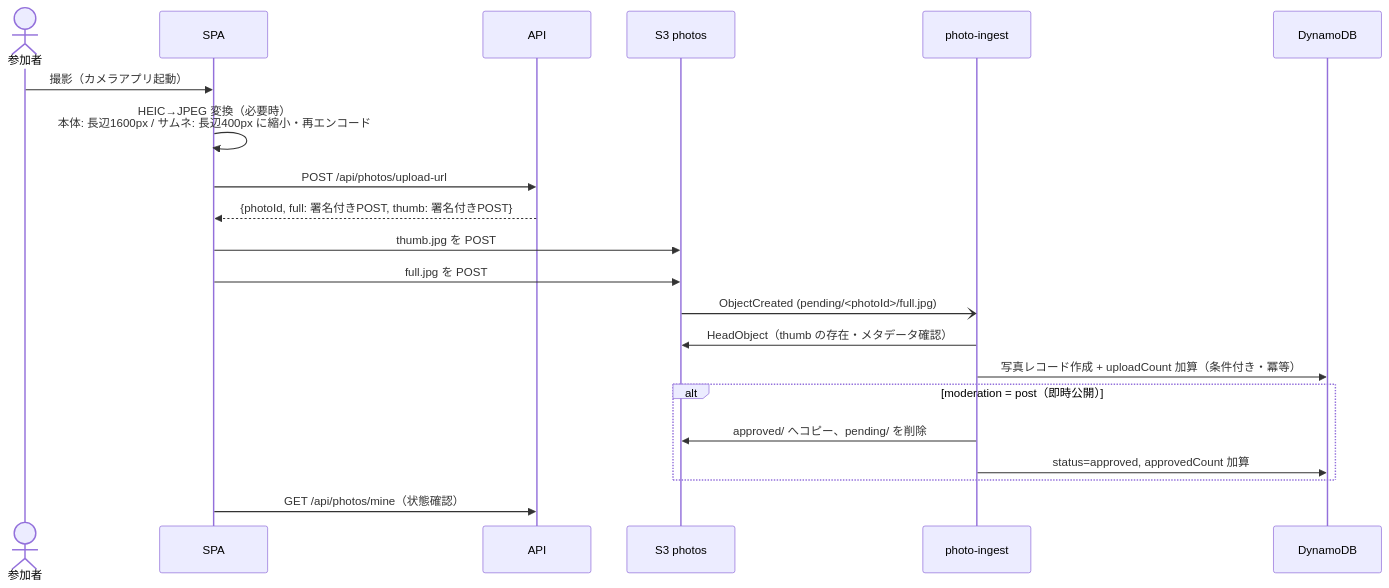
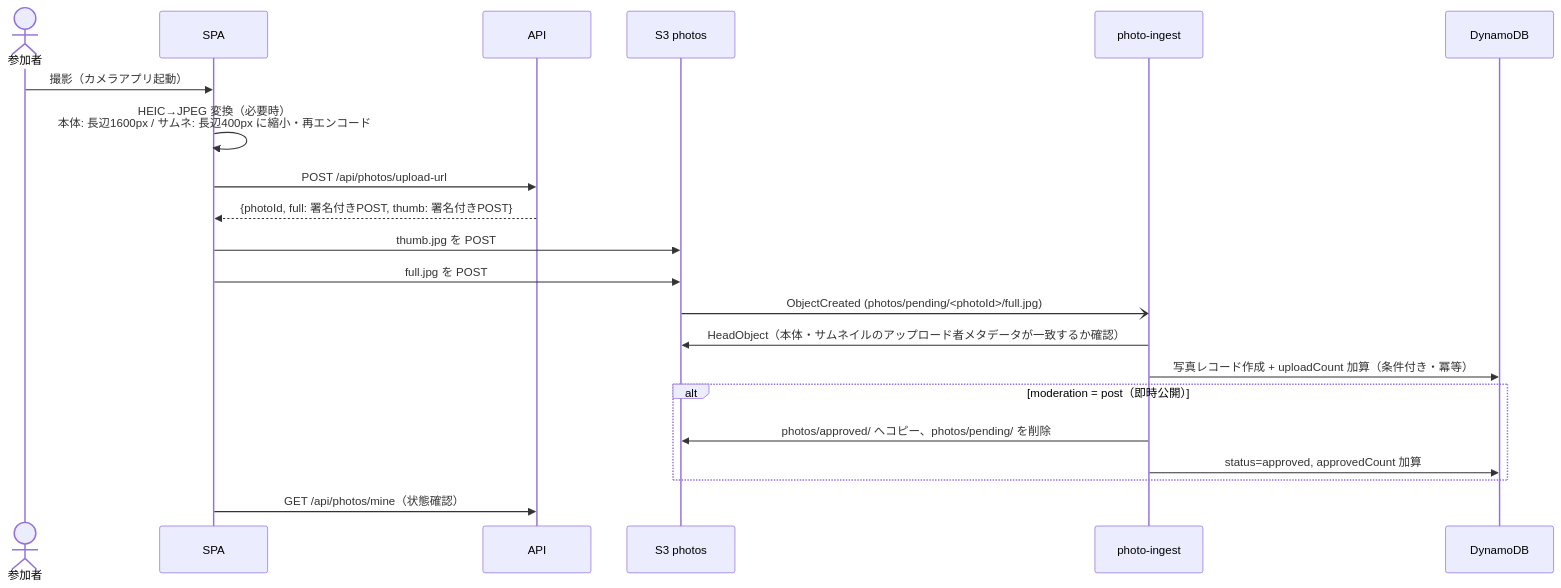
The third of 3 diagrams in docs/design.md (ot-nemoto/partally), drawn with Mermaid before and after one commit. The commit also changed other lines of this file and 18 other files, not shown here.

````diff
--- a/docs/design.md
+++ b/docs/design.md
@@ -254,24 +257,24 @@
 ```mermaid
 sequenceDiagram
   actor U as 参加者
   participant S as SPA
   participant A as API
   participant P as S3 photos
   participant I as photo-ingest
   participant D as DynamoDB
 
   U->>S: 撮影（カメラアプリ起動）
   S->>S: HEIC→JPEG 変換（必要時）<br/>本体: 長辺1600px / サムネ: 長辺400px に縮小・再エンコード
   S->>A: POST /api/photos/upload-url
   A-->>S: {photoId, full: 署名付きPOST, thumb: 署名付きPOST}
   S->>P: thumb.jpg を POST
   S->>P: full.jpg を POST
-  P-)I: ObjectCreated (pending/<photoId>/full.jpg)
-  I->>P: HeadObject（thumb の存在・メタデータ確認）
+  P-)I: ObjectCreated (photos/pending/<photoId>/full.jpg)
+  I->>P: HeadObject（本体・サムネイルのアップロード者メタデータが一致するか確認）
   I->>D: 写真レコード作成 + uploadCount 加算（条件付き・冪等）
   alt moderation = post（即時公開）
-    I->>P: approved/ へコピー、pending/ を削除
+    I->>P: photos/approved/ へコピー、photos/pending/ を削除
     I->>D: status=approved, approvedCount 加算
   end
   S->>A: GET /api/photos/mine（状態確認）
 ```
````
